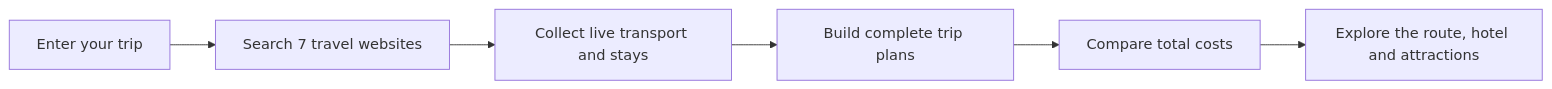
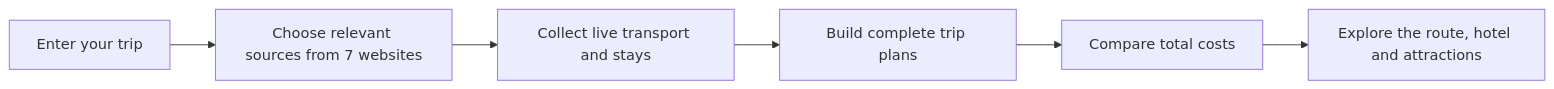
Before and after one commit to MAYANK-MAHAUR/TripWeave: the diagram in README.md, drawn with Mermaid. The commit also changed other lines of this file and 14 other files, not shown here.

````diff
--- a/README.md
+++ b/README.md
@@ -52,8 +52,8 @@
 ```mermaid
 flowchart LR
-    A[Enter your trip] --> B[Search 7 travel websites]
+    A[Enter your trip] --> B[Choose relevant sources from 7 websites]
     B --> C[Collect live transport and stays]
     C --> D[Build complete trip plans]
     D --> E[Compare total costs]
     E --> F[Explore the route, hotel and attractions]
 ```
````
